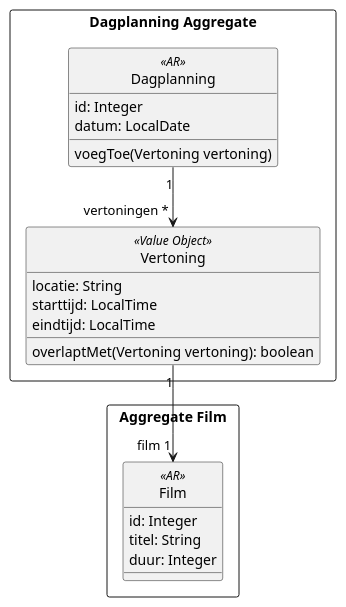
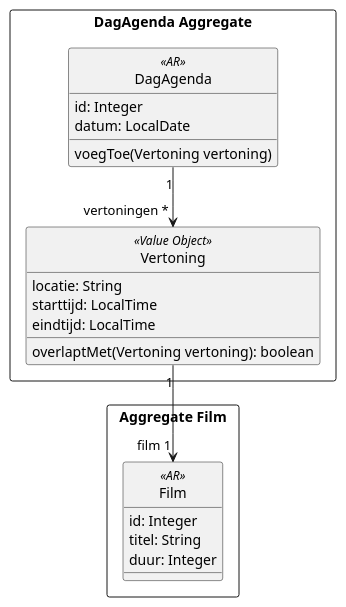
One commit to AIM-ENE/doex-opdracht-3 changed the diagram in weekopdracht/casusbeschrijving/klassendiagram-domein.puml. Above: the diagram before and after it, drawn with PlantUML. The commit also changed 13 other files, not shown here.

```diff
--- a/weekopdracht/casusbeschrijving/klassendiagram-domein.puml
+++ b/weekopdracht/casusbeschrijving/klassendiagram-domein.puml
@@ -1,33 +1,31 @@
 @startuml
 
 hide circle
 
-rectangle "Dagplanning Aggregate" {
-    class Dagplanning <<AR>> {
+rectangle "DagAgenda Aggregate" {
+    class DagAgenda <<AR>> {
         id: Integer
         datum: LocalDate
         voegToe(Vertoning vertoning)
     }
 
     class Vertoning <<Value Object>> {
         locatie: String
         starttijd: LocalTime
         eindtijd: LocalTime
         overlaptMet(Vertoning vertoning): boolean
     }
 }
 
 rectangle "Aggregate Film\n" {
     class Film <<AR>> {
         id: Integer
         titel: String
         duur: Integer
-
 }
 
-
-Dagplanning "1" --> " vertoningen *" Vertoning
+DagAgenda "1" --> " vertoningen *" Vertoning
 
 Vertoning "1" --> "film 1" Film
 
 @enduml
```
